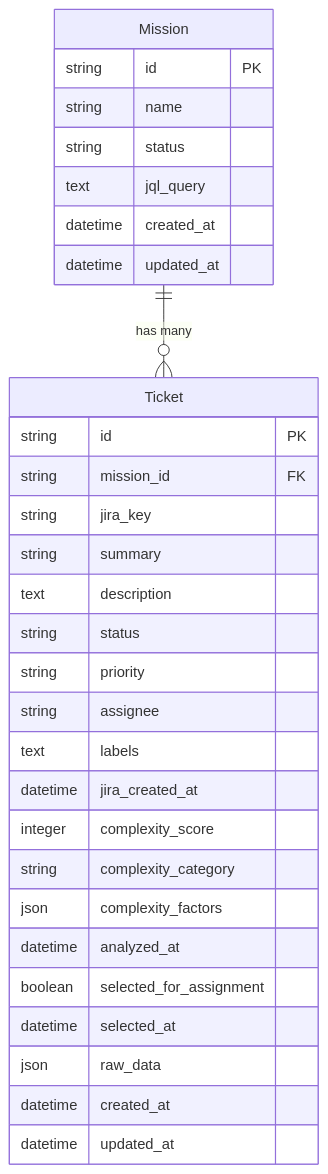
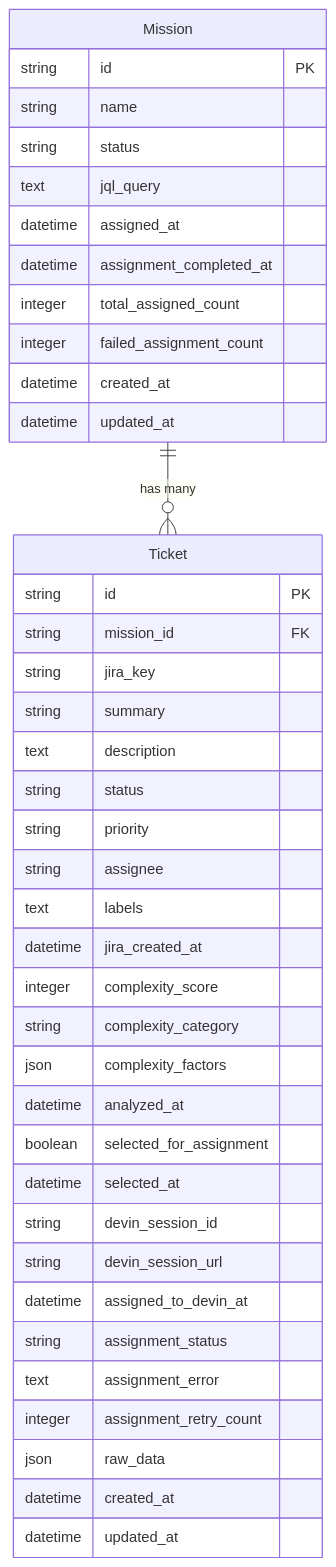
Before and after one commit to vmakoed/devinator: the diagram in doc/entity_model.md, drawn with Mermaid. The commit also changed other lines of this file and 15 other files, not shown here.

````diff
--- a/doc/entity_model.md
+++ b/doc/entity_model.md
@@ -46,35 +56,45 @@
 ```mermaid
 erDiagram
     Mission ||--o{ Ticket : "has many"
 
     Mission {
         string id PK
         string name
         string status
         text jql_query
+        datetime assigned_at
+        datetime assignment_completed_at
+        integer total_assigned_count
+        integer failed_assignment_count
         datetime created_at
         datetime updated_at
     }
 
     Ticket {
         string id PK
         string mission_id FK
         string jira_key
         string summary
         text description
         string status
         string priority
         string assignee
         text labels
         datetime jira_created_at
         integer complexity_score
         string complexity_category
         json complexity_factors
         datetime analyzed_at
         boolean selected_for_assignment
         datetime selected_at
+        string devin_session_id
+        string devin_session_url
+        datetime assigned_to_devin_at
+        string assignment_status
+        text assignment_error
+        integer assignment_retry_count
         json raw_data
         datetime created_at
         datetime updated_at
     }
 ```
````
